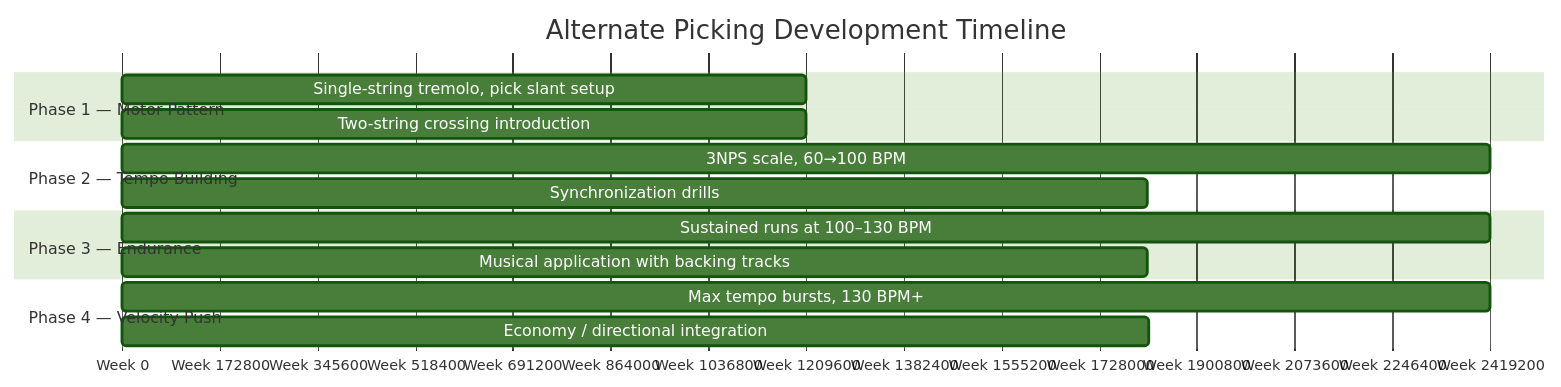
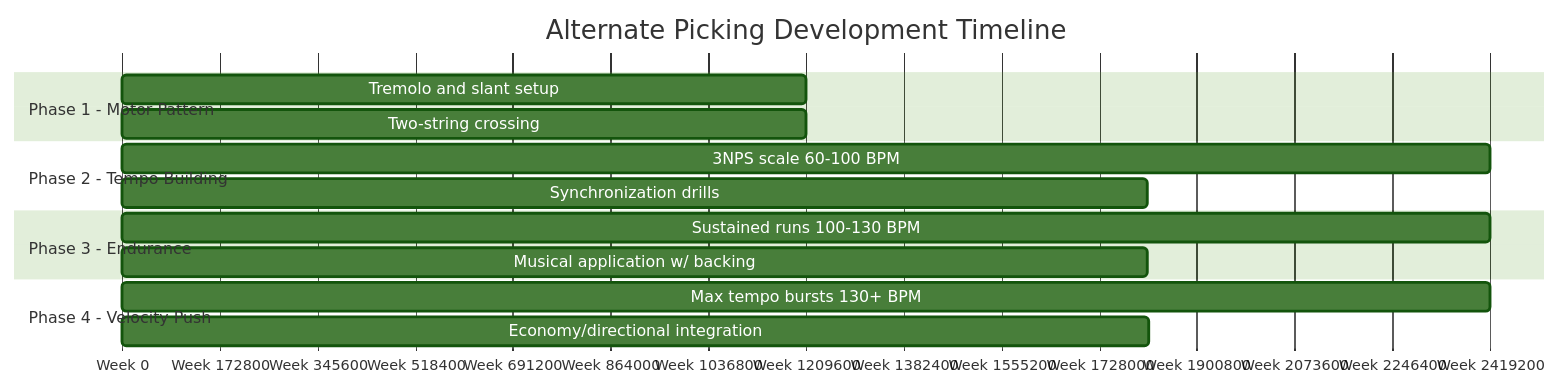
Before and after one commit to blebleblee/synapse: the fourth of 4 diagrams in topics/arts/music_performance/electric_guitar/lesson_02_alternate_picking_and_articulation.md, drawn with Mermaid (forest theme). The commit also changed other lines of this file and 3 other files, not shown here.

````diff
--- a/topics/arts/music_performance/electric_guitar/lesson_02_alternate_picking_and_articulation.md
+++ b/topics/arts/music_performance/electric_guitar/lesson_02_alternate_picking_and_articulation.md
@@ -387,22 +382,22 @@
 ```mermaid
 gantt
     title Alternate Picking Development Timeline
     dateFormat  X
     axisFormat  Week %s
 
-    section Phase 1 — Motor Pattern
-    Single-string tremolo, pick slant setup     :a1, 0, 2w
-    Two-string crossing introduction            :a2, 1, 2w
+    section Phase 1 - Motor Pattern
+    Tremolo and slant setup          :a1, 0, 2w
+    Two-string crossing              :a2, 1, 2w
 
-    section Phase 2 — Tempo Building
-    3NPS scale, 60→100 BPM                      :b1, 2, 4w
-    Synchronization drills                      :b2, 3, 3w
+    section Phase 2 - Tempo Building
+    3NPS scale 60-100 BPM            :b1, 2, 4w
+    Synchronization drills           :b2, 3, 3w
 
-    section Phase 3 — Endurance
-    Sustained runs at 100–130 BPM               :c1, 6, 4w
-    Musical application with backing tracks     :c2, 7, 3w
+    section Phase 3 - Endurance
+    Sustained runs 100-130 BPM       :c1, 6, 4w
+    Musical application w/ backing   :c2, 7, 3w
 
-    section Phase 4 — Velocity Push
-    Max tempo bursts, 130 BPM+                  :d1, 10, 4w
-    Economy / directional integration           :d2, 11, 3w
+    section Phase 4 - Velocity Push
+    Max tempo bursts 130+ BPM        :d1, 10, 4w
+    Economy/directional integration  :d2, 11, 3w
 ```
````
